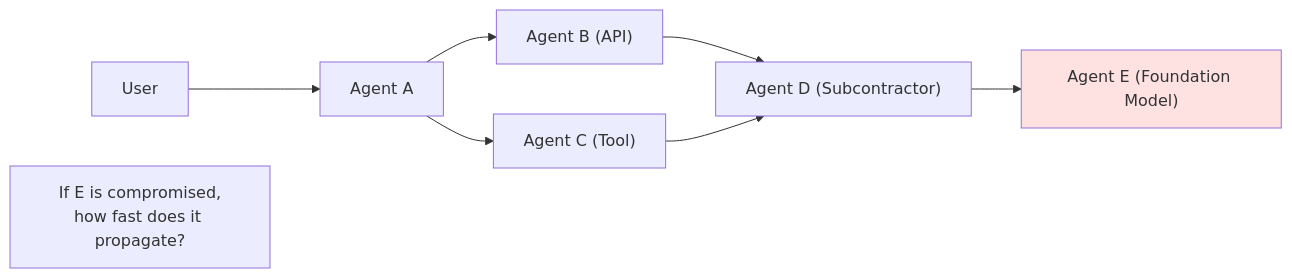
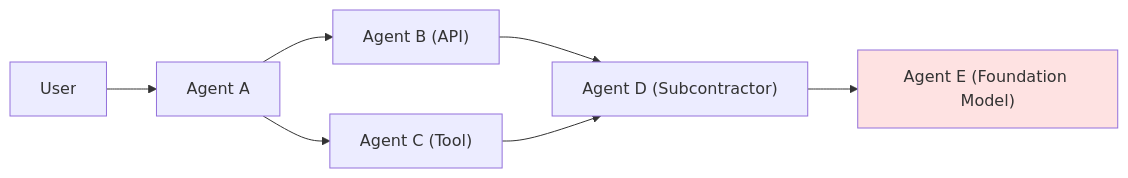
One commit to quantified-uncertainty/cairn changed the second of 2 diagrams in apps/delegation-risk/src/content/docs/case-studies/human-systems/alliance-cascades.md. Above: the diagram before and after it, drawn with Mermaid. The commit also changed other lines of this file and 43 other files, not shown here.

````diff
--- a/apps/delegation-risk/src/content/docs/case-studies/human-systems/alliance-cascades.md
+++ b/apps/delegation-risk/src/content/docs/case-studies/human-systems/alliance-cascades.md
@@ -214,12 +66,11 @@
 ```mermaid
 flowchart LR
     User["User"] --> A["Agent A"]
     A --> B["Agent B (API)"]
     A --> C["Agent C (Tool)"]
     B --> D["Agent D (Subcontractor)"]
     C --> D
     D --> E["Agent E (Foundation Model)"]
 
     style E fill:#fee2e2
-    Note["If E is compromised,<br/>how fast does it propagate?"]
 ```
````
